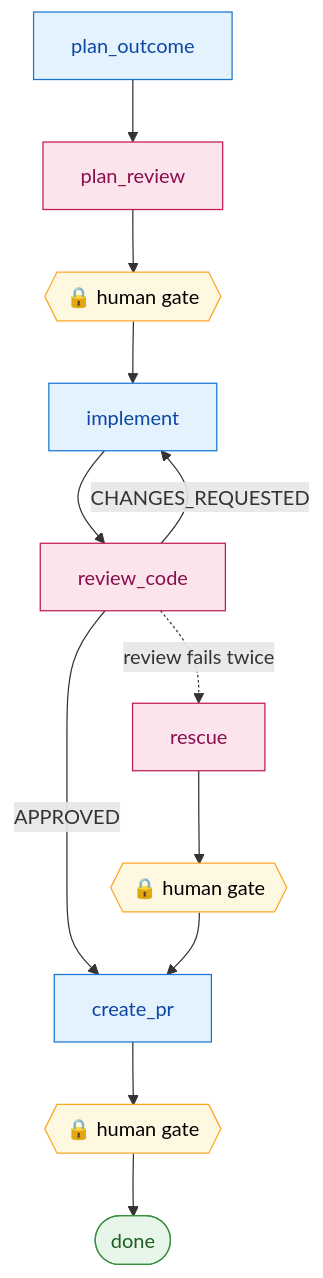
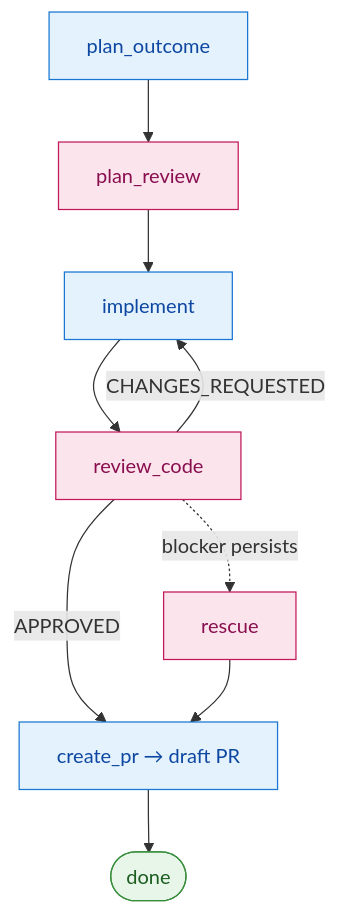
The diagram in README.md (AscendyProject/redteam), drawn with Mermaid before and after one commit. The commit also changed other lines of this file and 5 other files, not shown here.

````diff
--- a/README.md
+++ b/README.md
@@ -36,19 +35,15 @@
 ```mermaid
 flowchart TD
-    PO[plan_outcome]:::worker --> PR[plan_review]:::rev
-    PR --> HG1{{🔒 human gate}}:::gate
-    HG1 --> IMPL[implement]:::worker
+    PO[plan_outcome]:::worker --> PRV[plan_review]:::rev
+    PRV --> IMPL[implement]:::worker
     IMPL --> RC[review_code]:::rev
-    RC -->|APPROVED| CPR[create_pr]:::worker
+    RC -->|APPROVED| CPR[create_pr → draft PR]:::worker
     RC -->|CHANGES_REQUESTED| IMPL
-    RC -. review fails twice .-> RES[rescue]:::rev
-    RES --> HG2{{🔒 human gate}}:::gate
-    HG2 --> CPR
-    CPR --> HG3{{🔒 human gate}}:::gate
-    HG3 --> DONE([done]):::done
+    RC -. blocker persists .-> RES[rescue]:::rev
+    RES --> CPR
+    CPR --> DONE([done]):::done
 
     classDef worker fill:#e3f2fd,stroke:#1976d2,color:#0d47a1;
     classDef rev fill:#fce4ec,stroke:#c2185b,color:#880e4f;
-    classDef gate fill:#fff8e1,stroke:#f9a825,color:#000;
     classDef done fill:#e8f5e9,stroke:#388e3c,color:#1b5e20;
 ```
````
